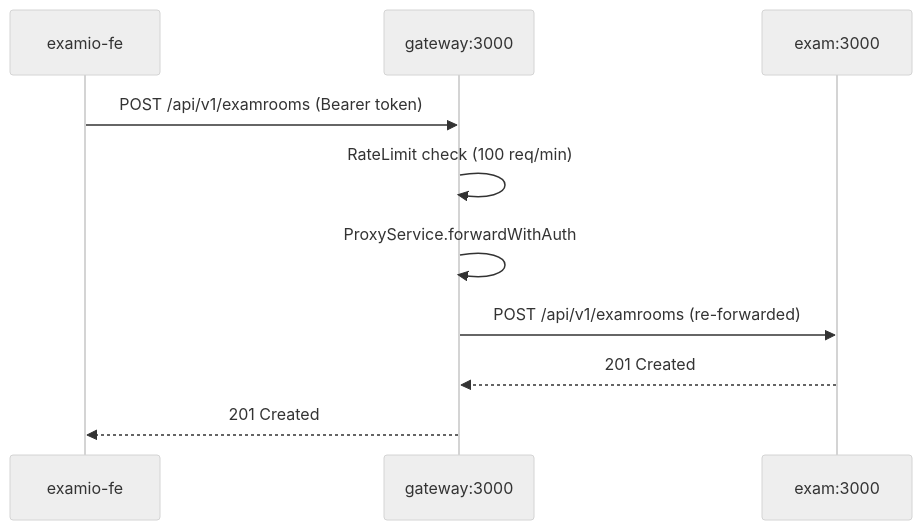
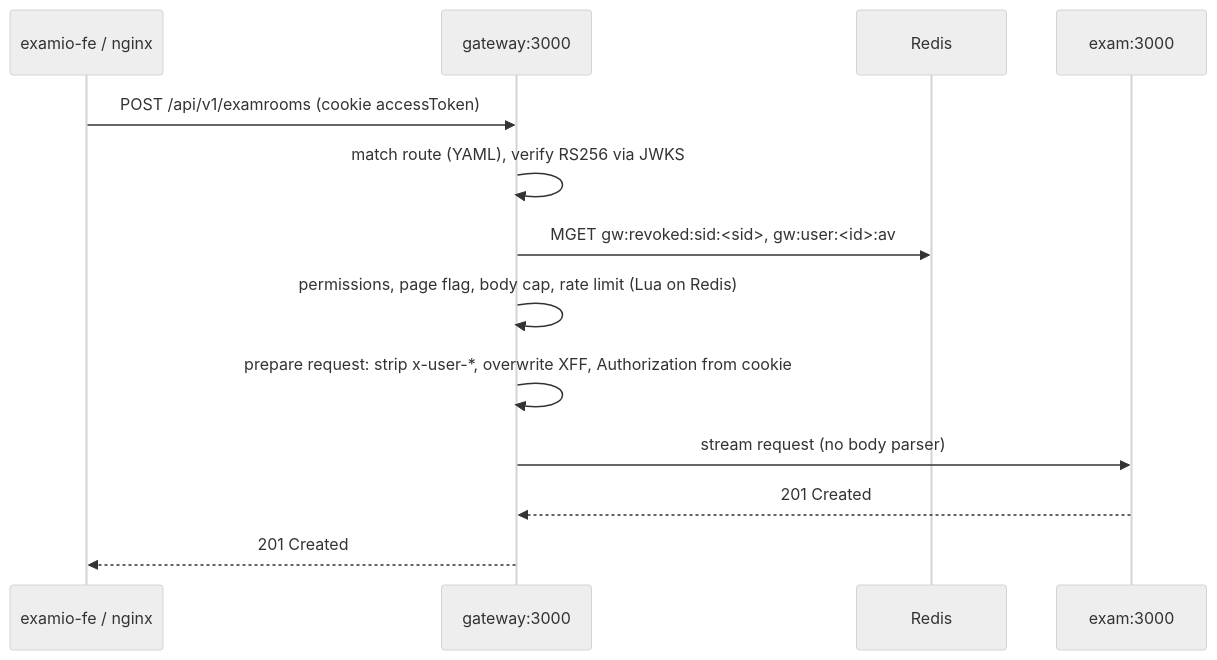
One commit to tgiap04/examio changed the second of 9 diagrams in docs/system/architecture.md. Above: the diagram before and after it, drawn with Mermaid (neutral theme). The commit also changed other lines of this file and 8 other files, not shown here.

````diff
--- a/docs/system/architecture.md
+++ b/docs/system/architecture.md
@@ -83,12 +88,15 @@
 ```mermaid
 sequenceDiagram
-    participant FE as examio-fe
+    participant FE as examio-fe / nginx
     participant GW as gateway:3000
+    participant R as Redis
     participant EX as exam:3000
-    FE->>GW: POST /api/v1/examrooms (Bearer token)
-    GW->>GW: RateLimit check (100 req/min)
-    GW->>GW: ProxyService.forwardWithAuth
-    GW->>EX: POST /api/v1/examrooms (re-forwarded)
+    FE->>GW: POST /api/v1/examrooms (cookie accessToken)
+    GW->>GW: match route (YAML), verify RS256 via JWKS
+    GW->>R: MGET gw:revoked:sid:<sid>, gw:user:<id>:av
+    GW->>GW: permissions, page flag, body cap, rate limit (Lua on Redis)
+    GW->>GW: prepare request: strip x-user-*, overwrite XFF, Authorization from cookie
+    GW->>EX: stream request (no body parser)
     EX-->>GW: 201 Created
     GW-->>FE: 201 Created
 ```
````
